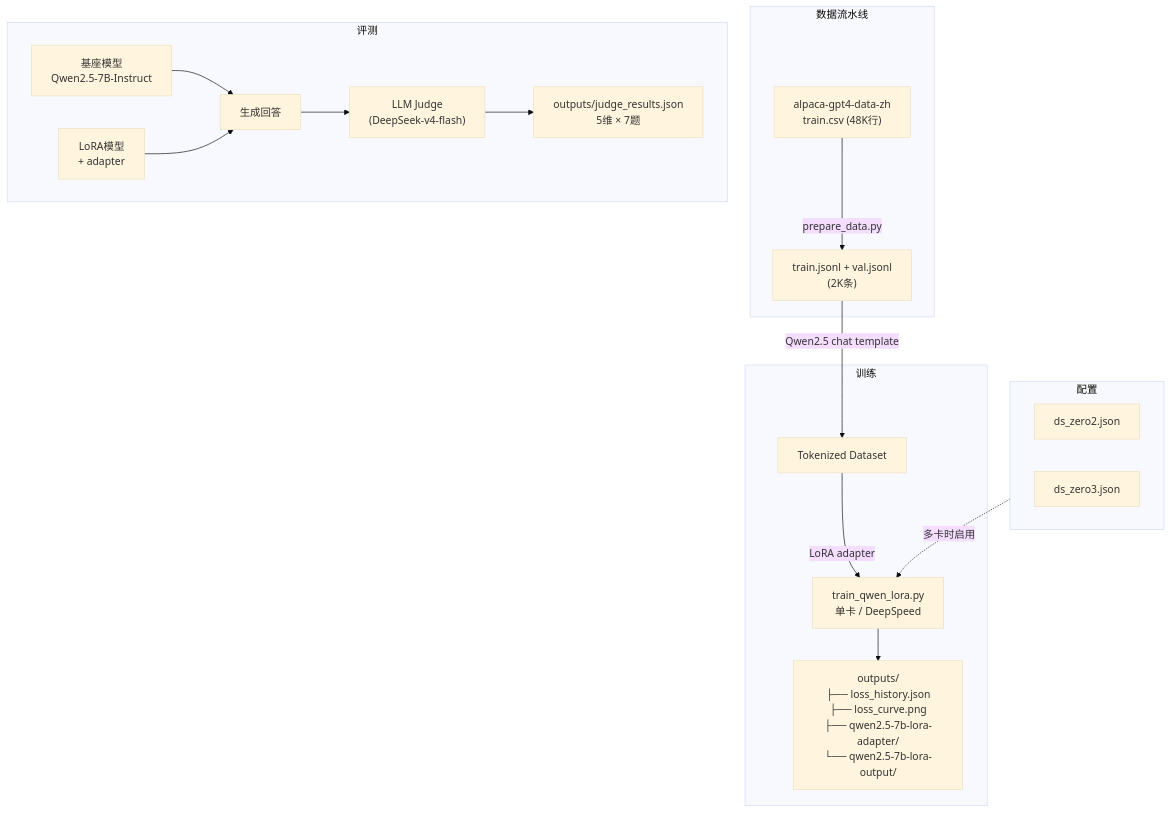
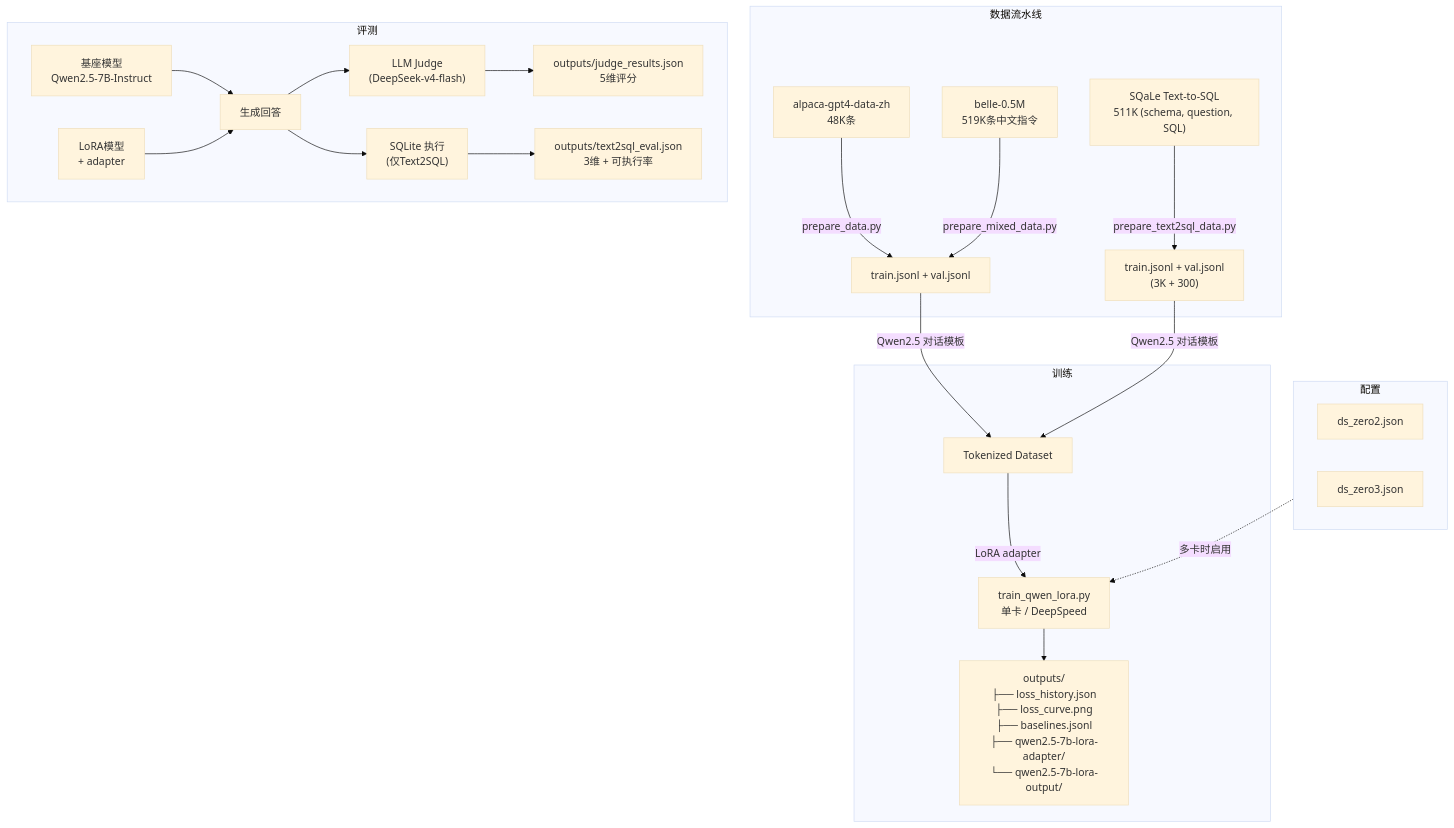
The first of 4 diagrams in README_CN.md (QingGo/qwen-lora-project), drawn with Mermaid (base theme) before and after one commit. The commit also changed other lines of this file and 1 other file, not shown here.

First line of the commit message:
docs: comprehensive README update with all experiments and Text2SQL

````diff
--- a/README_CN.md
+++ b/README_CN.md
@@ -9,26 +9,30 @@
 ```mermaid
 graph TD
     subgraph Data["数据流水线"]
-        CSV["alpaca-gpt4-data-zh<br/>train.csv (48K行)"] -->|prepare_data.py| JSONL["train.jsonl + val.jsonl<br/>(2K条)"]
+        CSV["alpaca-gpt4-data-zh<br/>48K条"] -->|prepare_data.py| JSONL1["train.jsonl + val.jsonl"]
+        BELLE["belle-0.5M<br/>519K条中文指令"] -->|prepare_mixed_data.py| JSONL1
+        SQaLe["SQaLe Text-to-SQL<br/>511K (schema, question, SQL)"] -->|prepare_text2sql_data.py| JSONL2["train.jsonl + val.jsonl<br/>(3K + 300)"]
     end
 
     subgraph Training["训练"]
-        JSONL -->|Qwen2.5 chat template| Tok["Tokenized Dataset"]
+        JSONL1 & JSONL2 -->|Qwen2.5 对话模板| Tok["Tokenized Dataset"]
         Tok -->|LoRA adapter| Train["train_qwen_lora.py<br/>单卡 / DeepSpeed"]
-        Train --> Output["outputs/<br/>├── loss_history.json<br/>├── loss_curve.png<br/>├── qwen2.5-7b-lora-adapter/<br/>└── qwen2.5-7b-lora-output/"]
+        Train --> Output["outputs/<br/>├── loss_history.json<br/>├── loss_curve.png<br/>├── baselines.jsonl<br/>├── qwen2.5-7b-lora-adapter/<br/>└── qwen2.5-7b-lora-output/"]
     end
 
     subgraph Eval["评测"]
         Base["基座模型<br/>Qwen2.5-7B-Instruct"] --> Gen["生成回答"]
         Lora["LoRA模型<br/>+ adapter"] --> Gen
         Gen --> Judge["LLM Judge<br/>(DeepSeek-v4-flash)"]
-        Judge --> Report["outputs/judge_results.json<br/>5维 × 7题"]
+        Judge --> Report["outputs/judge_results.json<br/>5维评分"]
+        Gen --> SQLite["SQLite 执行<br/>(仅Text2SQL)"]
+        SQLite --> Report2["outputs/text2sql_eval.json<br/>3维 + 可执行率"]
     end
 
     subgraph Config["配置"]
         DS2["ds_zero2.json"]
         DS3["ds_zero3.json"]
     end
 
     Config -.->|多卡时启用| Train
 ```
````
